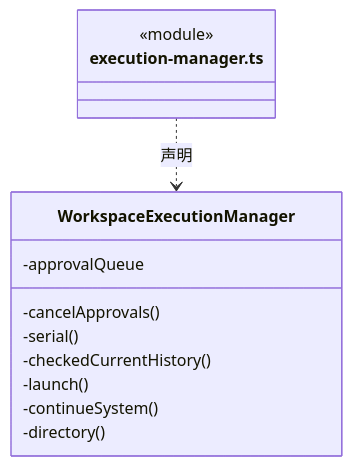
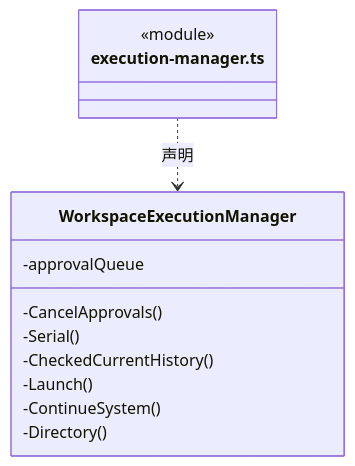
The sixth of 12 diagrams in src/logic/conversation/runtime/ARCHITECTURE.md (nan023062/cbim), drawn with Mermaid before and after one commit. The commit also changed other lines of this file and 1035 other files, not shown here.

````diff
--- a/src/logic/conversation/runtime/ARCHITECTURE.md
+++ b/src/logic/conversation/runtime/ARCHITECTURE.md
@@ -205,16 +205,16 @@
 ```mermaid
 classDiagram
 class N_src_logic_conversation_runtime_execution_manager_ts["execution-manager.ts"] {
   <<module>>
 }
 class N_src_logic_conversation_runtime_execution_manager_ts_WorkspaceExecutionManager["WorkspaceExecutionManager"] {
   -approvalQueue
-  -cancelApprovals()
-  -serial()
-  -checkedCurrentHistory()
-  -launch()
-  -continueSystem()
-  -directory()
+  -CancelApprovals()
+  -Serial()
+  -CheckedCurrentHistory()
+  -Launch()
+  -ContinueSystem()
+  -Directory()
 }
 N_src_logic_conversation_runtime_execution_manager_ts ..> N_src_logic_conversation_runtime_execution_manager_ts_WorkspaceExecutionManager : 声明
 ```
````
